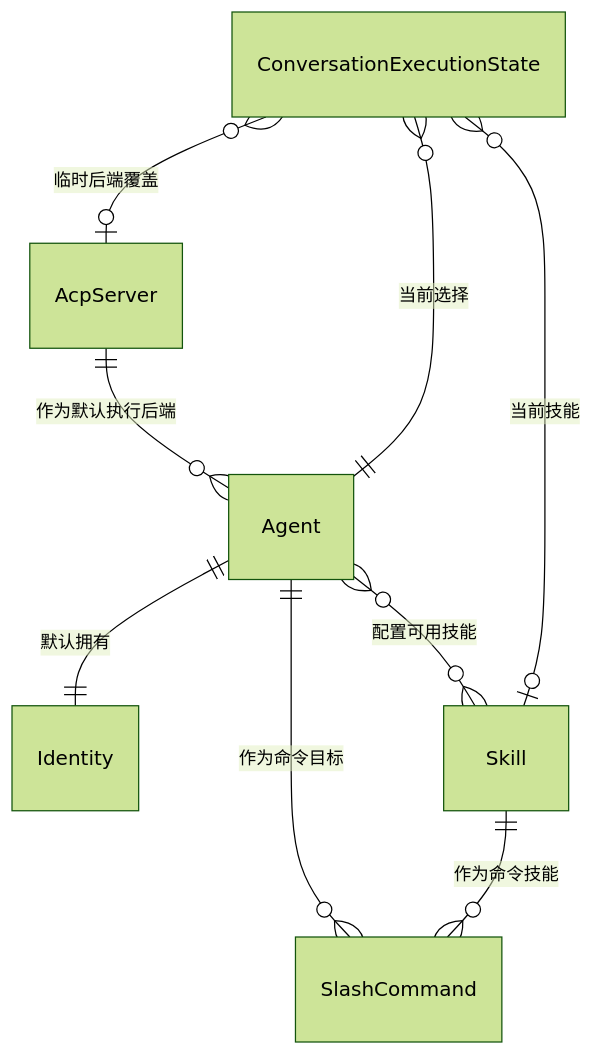
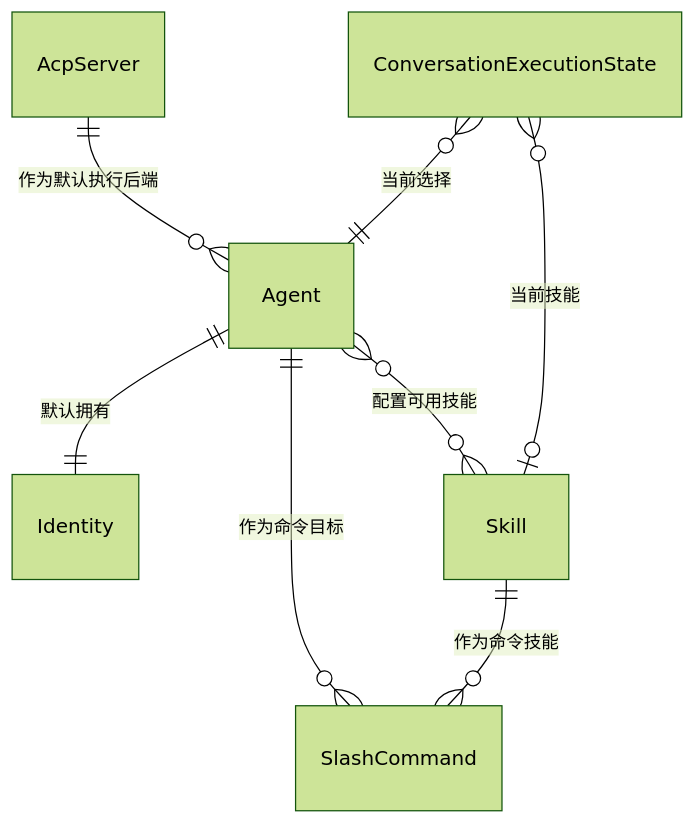
The fourth of 4 diagrams in docs/architecture/40-agent-skill-command.md (zhuxining/MindClaw), drawn with Mermaid (forest theme) before and after one commit. The commit also changed other lines of this file and 63 other files, not shown here.

````diff
--- a/docs/architecture/40-agent-skill-command.md
+++ b/docs/architecture/40-agent-skill-command.md
@@ -93,11 +114,10 @@
 ```mermaid
 erDiagram
     Agent ||--|| Identity : "默认拥有"
     Agent }o--o{ Skill : "配置可用技能"
     AcpServer ||--o{ Agent : "作为默认执行后端"
     Agent ||--o{ SlashCommand : "作为命令目标"
     Skill ||--o{ SlashCommand : "作为命令技能"
     ConversationExecutionState }o--|| Agent : "当前选择"
     ConversationExecutionState }o--o| Skill : "当前技能"
-    ConversationExecutionState }o--o| AcpServer : "临时后端覆盖"
 ```
````
